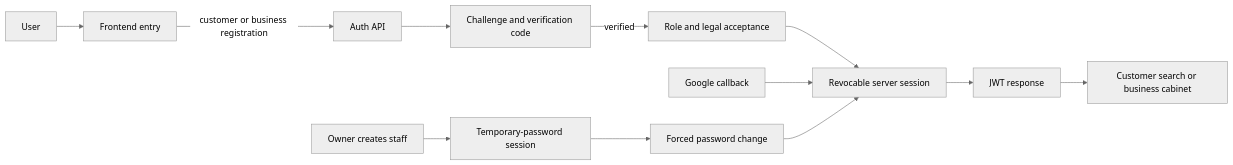
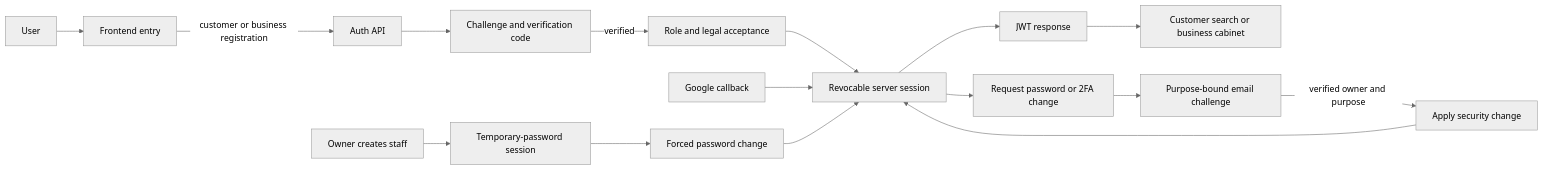
The diagram in AI_Knowledge/features/identity/flow.md (Siirio/AskBackend), drawn with Mermaid (neutral theme) before and after one commit. The commit also changed other lines of this file and 20 other files, not shown here.

````diff
--- a/AI_Knowledge/features/identity/flow.md
+++ b/AI_Knowledge/features/identity/flow.md
@@ -3,14 +3,18 @@
 ```mermaid
 flowchart LR
     U[User] --> F[Frontend entry]
     F -->|customer or business registration| A[Auth API]
     A --> C[Challenge and verification code]
     C -->|verified| R[Role and legal acceptance]
     R --> S[Revocable server session]
     S --> J[JWT response]
     J --> V[Customer search or business cabinet]
     O[Google callback] --> S
     W[Owner creates staff] --> T[Temporary-password session]
     T --> P[Forced password change]
     P --> S
+    S --> Q[Request password or 2FA change]
+    Q --> E[Purpose-bound email challenge]
+    E -->|verified owner and purpose| X[Apply security change]
+    X --> S
 ```
````
